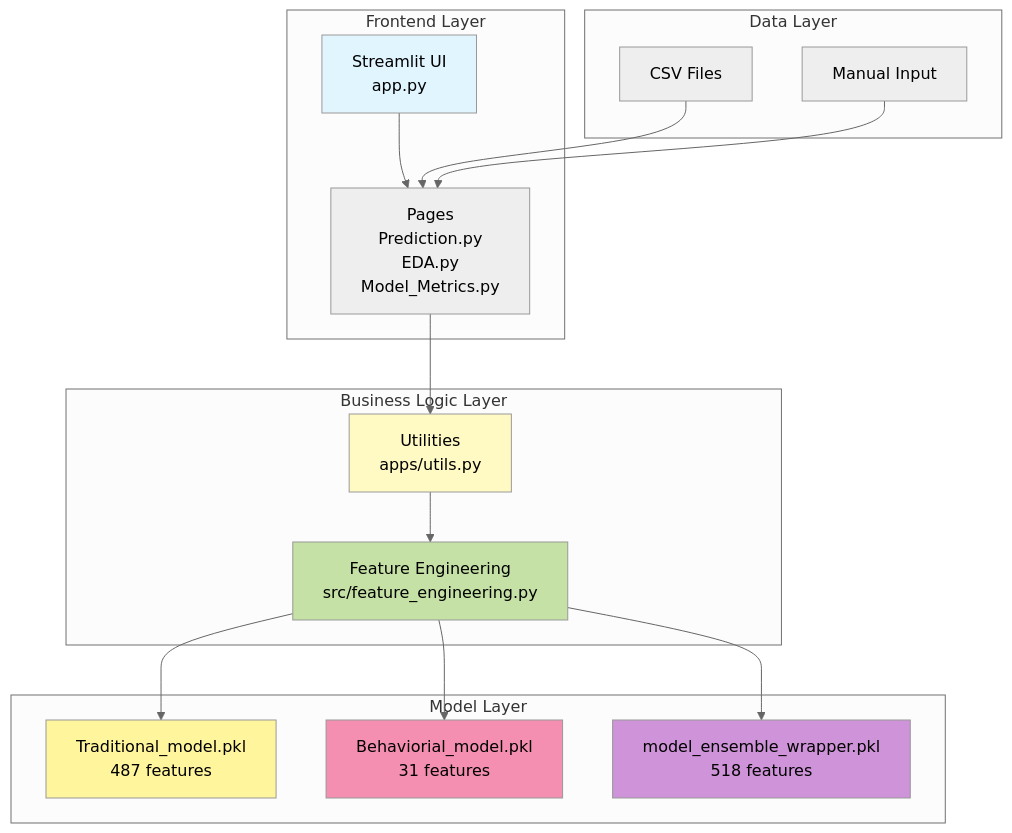
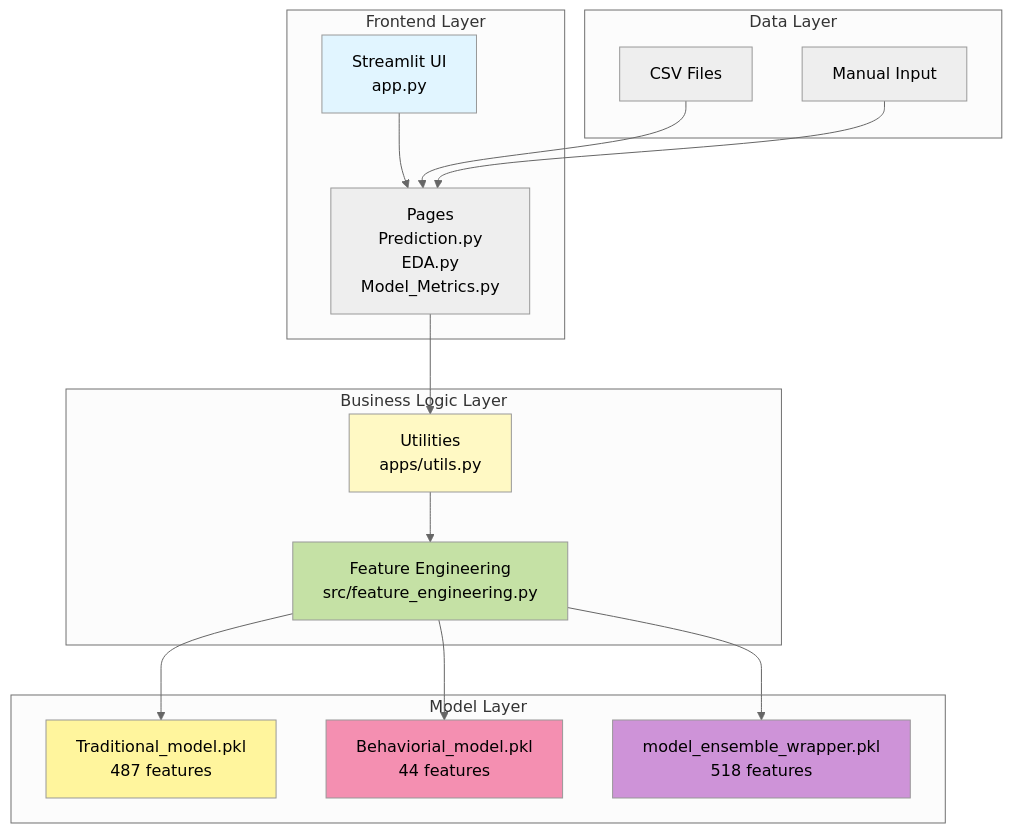
One commit to walterzenia/A-smart-Loan-default-hybrid-system changed diagram 12 of 22 in MODEL_ARCHITECTURE_FLOWCHART.md. Above: the diagram before and after it, drawn with Mermaid (neutral theme). The commit also changed other lines of this file and 9 other files, not shown here.

Commit message:
Fix documentation: Correct Traditional model (487 features from 7 datasets) and Behavioral model (44 features: 23 base + 21 engineered) feature counts across all documentation files

````diff
--- a/MODEL_ARCHITECTURE_FLOWCHART.md
+++ b/MODEL_ARCHITECTURE_FLOWCHART.md
@@ -420,39 +420,39 @@
 ```mermaid
 graph TB
     subgraph "Frontend Layer"
         UI[Streamlit UI<br/>app.py]
         Pages[Pages<br/>Prediction.py<br/>EDA.py<br/>Model_Metrics.py]
     end
 
     subgraph "Business Logic Layer"
         Utils[Utilities<br/>apps/utils.py]
         FE[Feature Engineering<br/>src/feature_engineering.py]
     end
 
     subgraph "Model Layer"
         M1[Traditional_model.pkl<br/>487 features]
-        M2[Behaviorial_model.pkl<br/>31 features]
+        M2[Behaviorial_model.pkl<br/>44 features]
         M3[model_ensemble_wrapper.pkl<br/>518 features]
     end
 
     subgraph "Data Layer"
         D1[CSV Files]
         D2[Manual Input]
     end
 
     UI --> Pages
     Pages --> Utils
     Utils --> FE
     FE --> M1
     FE --> M2
     FE --> M3
     D1 --> Pages
     D2 --> Pages
 
     style UI fill:#e1f5ff
     style Utils fill:#fff9c4
     style FE fill:#c5e1a5
     style M1 fill:#fff59d
     style M2 fill:#f48fb1
     style M3 fill:#ce93d8
 ```
````
